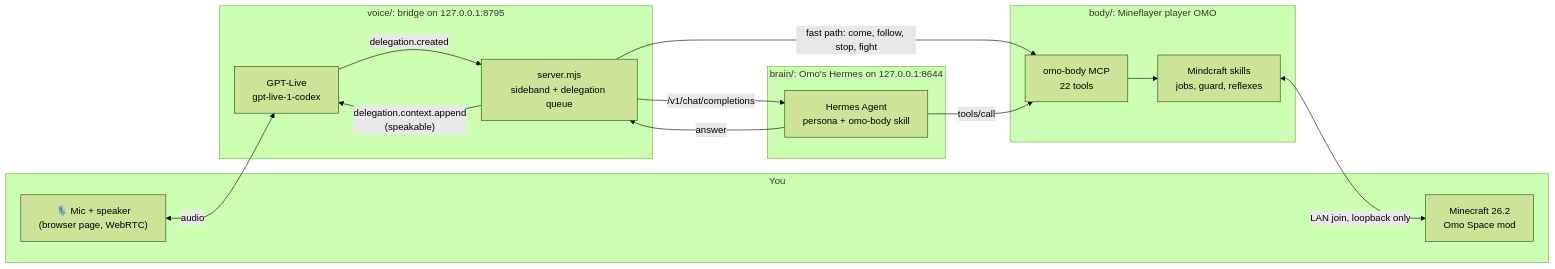
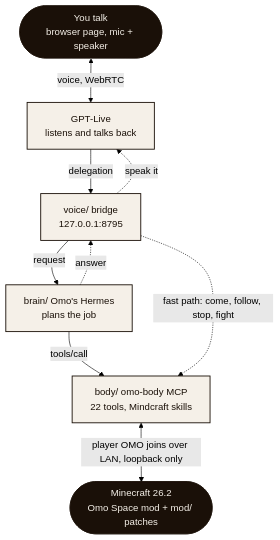
The diagram in README.md (omoresearch/omo-brought-to-life), drawn with Mermaid (forest theme) before and after one commit.

Commit message:
docs: clearer architecture diagram in the omo.sh palette

````diff
--- a/README.md
+++ b/README.md
@@ -124,27 +124,23 @@
 ```mermaid
-flowchart LR
-  subgraph You
-    MIC["🎙️ Mic + speaker<br/>(browser page, WebRTC)"]
-    MC["Minecraft 26.2<br/>Omo Space mod"]
-  end
-  subgraph Voice["voice/: bridge on 127.0.0.1:8795"]
-    LIVE["GPT-Live<br/>gpt-live-1-codex"]
-    SRV["server.mjs<br/>sideband + delegation queue"]
-  end
-  subgraph Brain["brain/: Omo's Hermes on 127.0.0.1:8644"]
-    HER["Hermes Agent<br/>persona + omo-body skill"]
-  end
-  subgraph Body["body/: Mineflayer player OMO"]
-    MCP["omo-body MCP<br/>22 tools"]
-    SK["Mindcraft skills<br/>jobs, guard, reflexes"]
-  end
-  MIC <-->|"audio"| LIVE
-  LIVE -->|"delegation.created"| SRV
-  SRV -->|"fast path: come, follow, stop, fight"| MCP
-  SRV -->|"/v1/chat/completions"| HER
-  HER -->|"tools/call"| MCP
-  MCP --> SK
-  SK <-->|"LAN join, loopback only"| MC
-  HER -->|"answer"| SRV
-  SRV -->|"delegation.context.append<br/>(speakable)"| LIVE
+flowchart TB
+  YOU(["You talk<br/>browser page, mic + speaker"])
+  LIVE["GPT-Live<br/>listens and talks back"]
+  SRV["voice/ bridge<br/>127.0.0.1:8795"]
+  HER["brain/ Omo's Hermes<br/>plans the job"]
+  BODY["body/ omo-body MCP<br/>22 tools, Mindcraft skills"]
+  MC(["Minecraft 26.2<br/>Omo Space mod + mod/ patches"])
+
+  YOU <-->|"voice, WebRTC"| LIVE
+  LIVE -->|"delegation"| SRV
+  SRV -->|"request"| HER
+  HER -->|"tools/call"| BODY
+  SRV -.->|"fast path: come, follow, stop, fight"| BODY
+  BODY <-->|"player OMO joins over LAN, loopback only"| MC
+  HER -.->|"answer"| SRV
+  SRV -.->|"speak it"| LIVE
+
+  classDef paper fill:#f5f0e8,stroke:#1a1008,color:#1a1008,stroke-width:1.5px
+  classDef ink fill:#1a1008,stroke:#1a1008,color:#f5f0e8
+  class LIVE,SRV,HER,BODY paper
+  class YOU,MC ink
 ```
````
